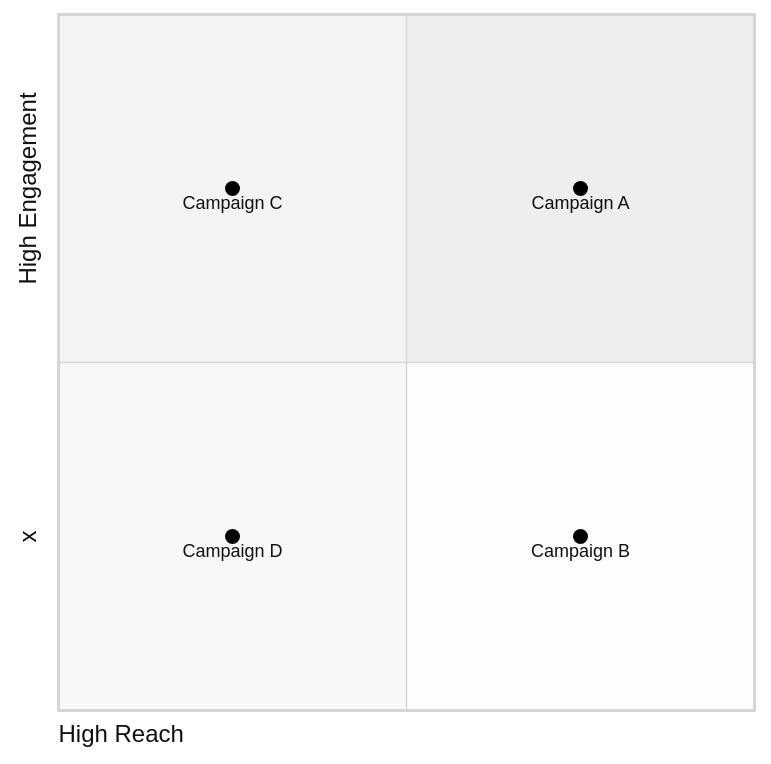
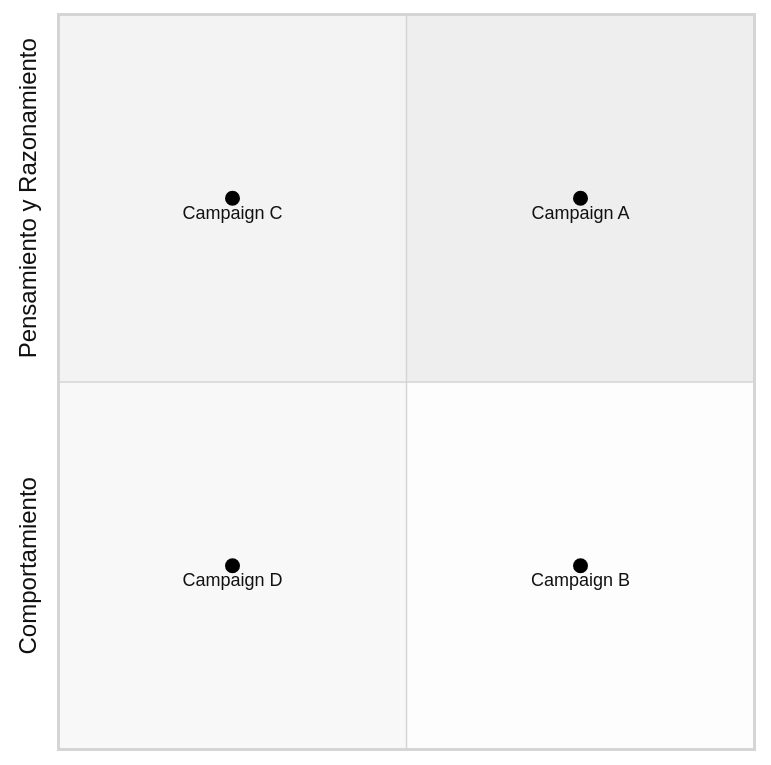
The diagram in School/Advanced Application Developement/Clases/Clase 1.md (MoisesAdame/obsidian-notes), drawn with Mermaid (neutral theme) before and after one commit. The commit also changed other lines of this file, not shown here.

````diff
--- a/School/Advanced Application Developement/Clases/Clase 1.md
+++ b/School/Advanced Application Developement/Clases/Clase 1.md
@@ -37,9 +37,8 @@
 ```mermaid
 quadrantChart
-    x-axis High Reach
-    y-axis x ---> High Engagement
+    y-axis Comportamiento ---> Pensamiento y Razonamiento
     Campaign A: [0.75, 0.75]
     Campaign B: [0.75, 0.25]
     Campaign C: [0.25, 0.75]
     Campaign D: [0.25, 0.25]
 ```
````
